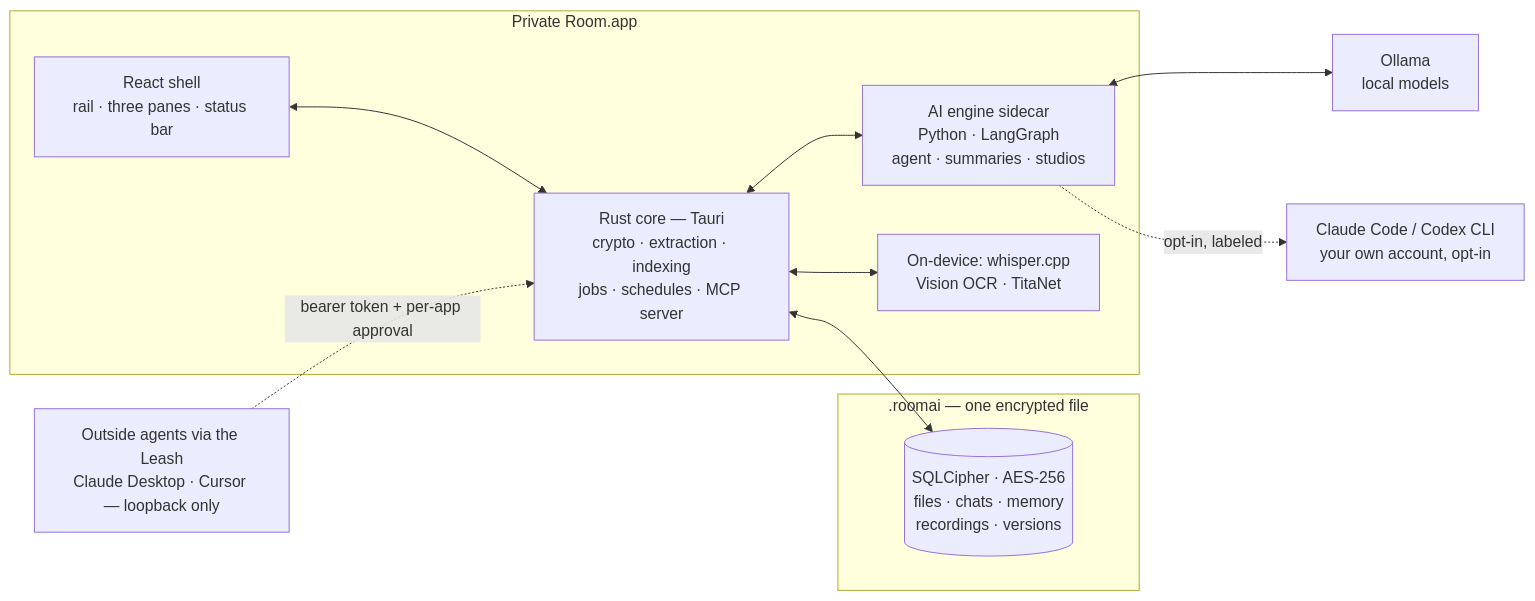
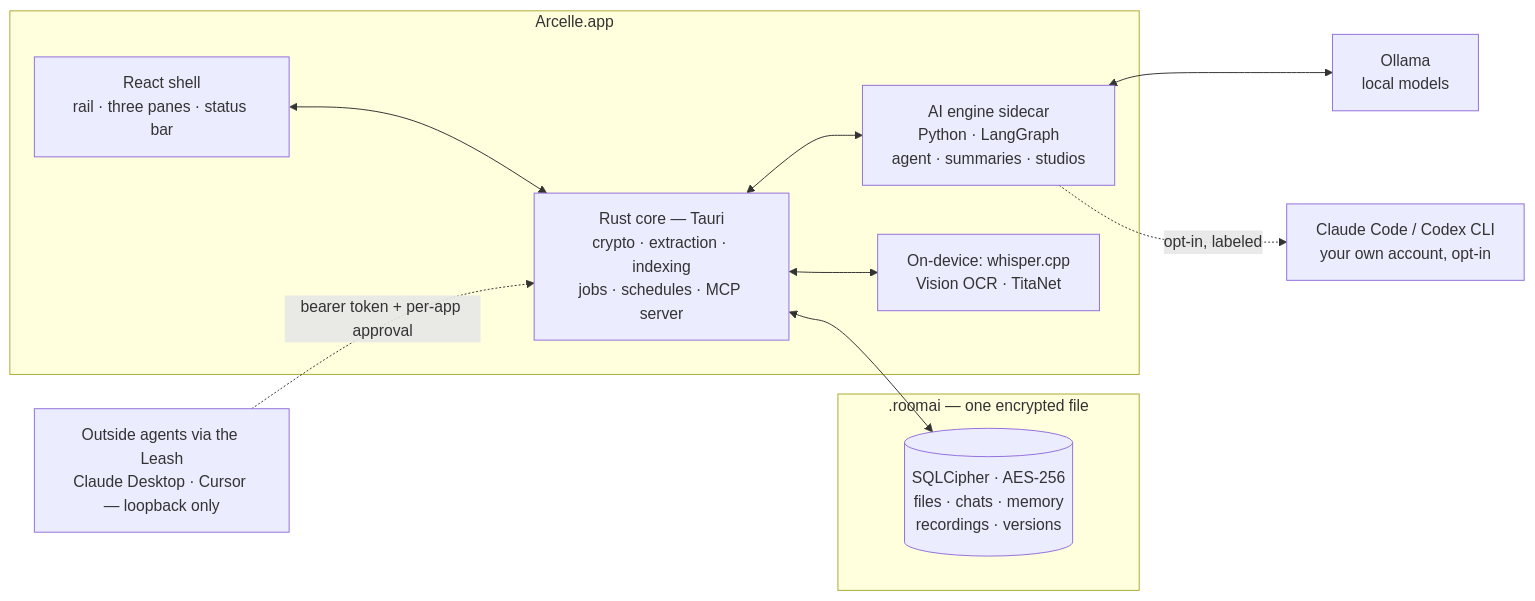
One commit to benrben/private-room changed the diagram in README.md. Above: the diagram before and after it, drawn with Mermaid. The commit also changed other lines of this file and 114 other files, not shown here.

First line of the commit message:
Rebrand Private Room -> Arcelle

````diff
--- a/README.md
+++ b/README.md
@@ -357,23 +357,23 @@
 ```mermaid
 flowchart LR
     subgraph file [".roomai — one encrypted file"]
         DB[("SQLCipher · AES-256<br/>files · chats · memory<br/>recordings · versions")]
     end
-    subgraph app ["Private Room.app"]
+    subgraph app ["Arcelle.app"]
         UI["React shell<br/>rail · three panes · status bar"]
         CORE["Rust core — Tauri<br/>crypto · extraction · indexing<br/>jobs · schedules · MCP server"]
         AI["AI engine sidecar<br/>Python · LangGraph<br/>agent · summaries · studios"]
         LOCAL["On-device: whisper.cpp<br/>Vision OCR · TitaNet"]
     end
     OLLAMA["Ollama<br/>local models"]
     CLIS["Claude Code / Codex CLI<br/>your own account, opt-in"]
     AGENTS["Outside agents via the Leash<br/>Claude Desktop · Cursor — loopback only"]
 
     UI <--> CORE
     CORE <--> DB
     CORE <--> AI
     CORE <--> LOCAL
     AI <--> OLLAMA
     AI -. "opt-in, labeled" .-> CLIS
     AGENTS -. "bearer token + per-app approval" .-> CORE
 ```
````
